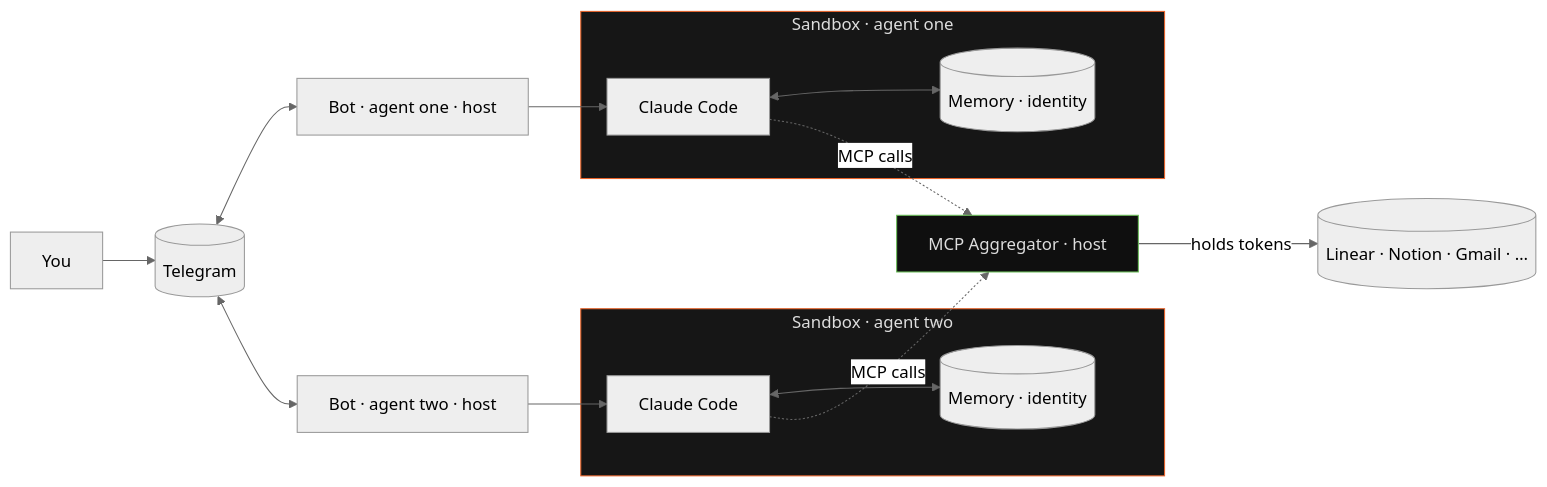
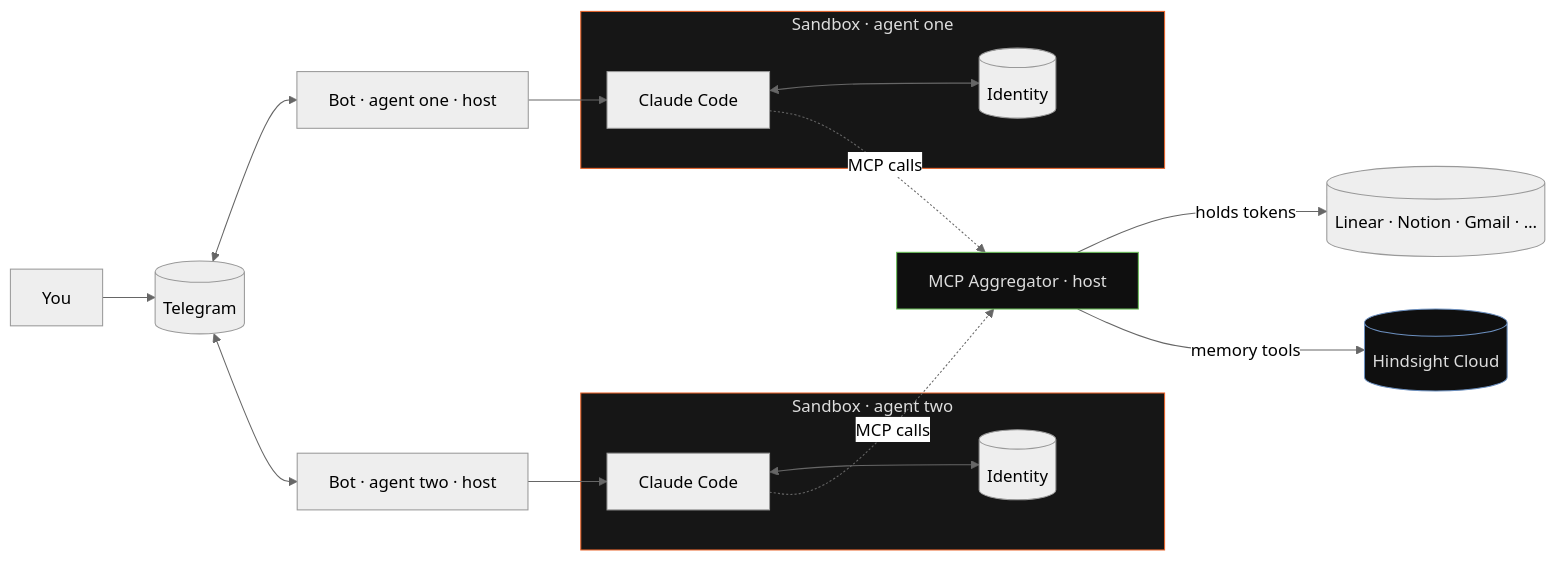
The diagram in README.md (onsails/right-agent), drawn with Mermaid (neutral theme) before and after one commit. The commit also changed other lines of this file, not shown here.

Commit message:
docs(readme): hindsight as primary memory; identity-only in sandbox
Mermaid diagram drew memory inside the sandbox; reality is host-side
(Hindsight via aggregator, or MEMORY.md fallback on host). Split
identity (per-sandbox) from memory (Hindsight Cloud, separate node).
Reframe Memory section to lead with Hindsight, position MEMORY.md as
fallback.

````diff
--- a/README.md
+++ b/README.md
@@ -108,29 +107,31 @@
 ```mermaid
 flowchart LR
   U[You] --> TG[(Telegram)]
 
   TG <--> B1[Bot · agent one · host]
   TG <--> B2[Bot · agent two · host]
   B1 --> A1
   B2 --> A2
 
   subgraph SANDBOX_1["Sandbox · agent one"]
     A1[Claude Code]
-    M1[(Memory · identity)]
-    A1 <--> M1
+    I1[(Identity)]
+    A1 <--> I1
   end
 
   subgraph SANDBOX_2["Sandbox · agent two"]
     A2[Claude Code]
-    M2[(Memory · identity)]
-    A2 <--> M2
+    I2[(Identity)]
+    A2 <--> I2
   end
 
   A1 -.MCP calls.-> AGG
   A2 -.MCP calls.-> AGG
   AGG[MCP Aggregator · host] -->|holds tokens| EXT[(Linear · Notion · Gmail · …)]
+  AGG -->|memory tools| HS[(Hindsight Cloud)]
 
   style SANDBOX_1 fill:#161616,stroke:#E8632A,color:#ddd
   style SANDBOX_2 fill:#161616,stroke:#E8632A,color:#ddd
   style AGG fill:#0f0f0f,stroke:#6bbf59,color:#ddd
+  style HS fill:#0f0f0f,stroke:#6b8fbf,color:#ddd
 ```
````
